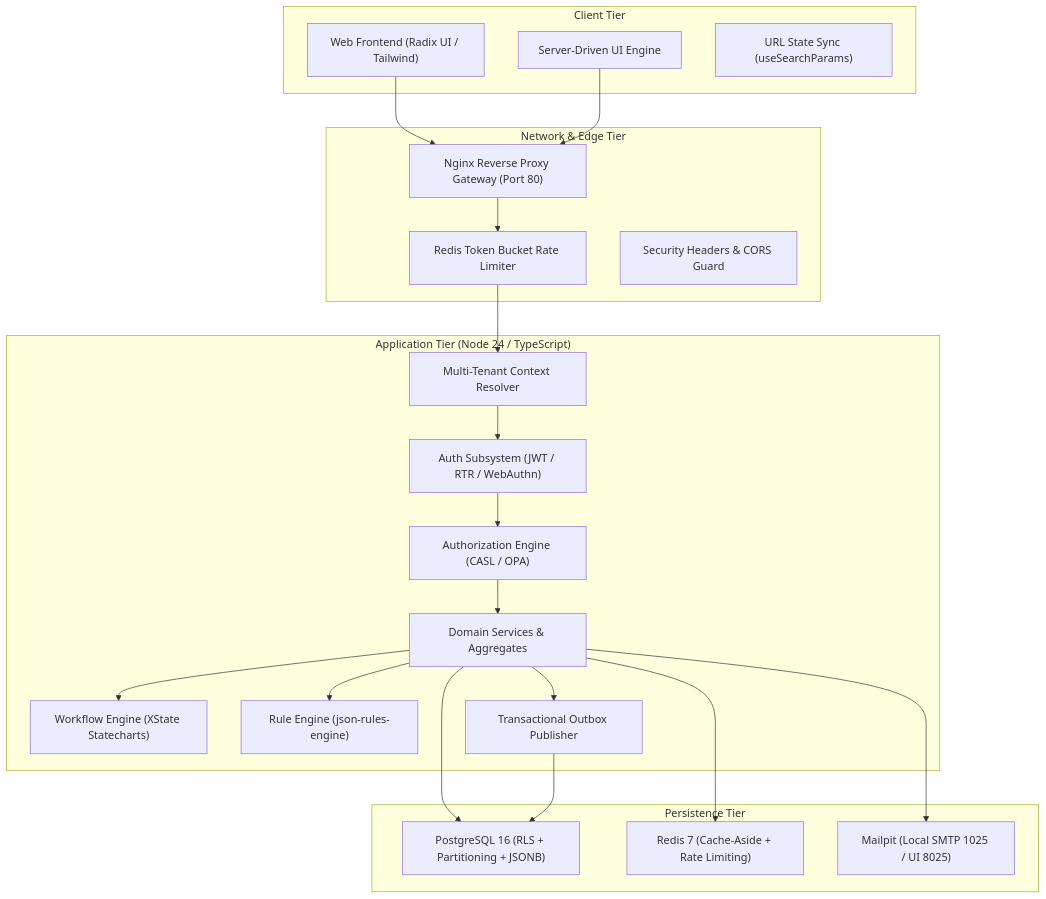
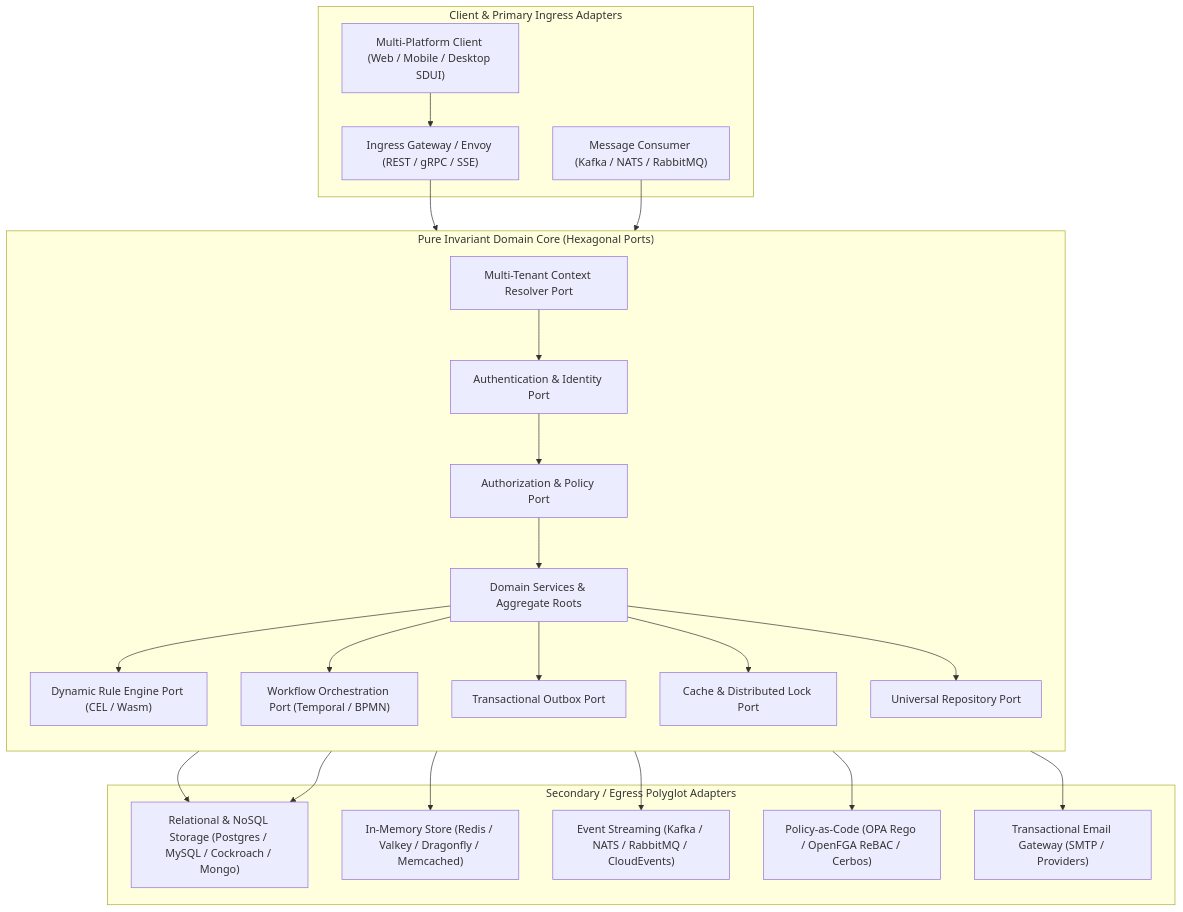
Before and after one commit to prosubodh/azcodr: the first of 2 diagrams in docs/knowledge/knowledge_graph.md, drawn with Mermaid. The commit also changed other lines of this file and 28 other files, not shown here.

First line of the commit message:
feat(architecture): make enterprise system technology, language, and stack agnostic

````diff
--- a/docs/knowledge/knowledge_graph.md
+++ b/docs/knowledge/knowledge_graph.md
@@ -9,45 +9,48 @@
 ```mermaid
 flowchart TD
-  subgraph Client["Client Tier"]
-    UI["Web Frontend (Radix UI / Tailwind)"]
-    SDUI["Server-Driven UI Engine"]
-    State["URL State Sync (useSearchParams)"]
+  subgraph Ingress["Client & Primary Ingress Adapters"]
+    UI["Multi-Platform Client (Web / Mobile / Desktop SDUI)"]
+    Gateway["Ingress Gateway / Envoy (REST / gRPC / SSE)"]
+    BrokerIn["Message Consumer (Kafka / NATS / RabbitMQ)"]
   end
 
-  subgraph Gateway["Network & Edge Tier"]
-    Nginx["Nginx Reverse Proxy Gateway (Port 80)"]
-    RateLimit["Redis Token Bucket Rate Limiter"]
-    WAF["Security Headers & CORS Guard"]
+  subgraph Core["Pure Invariant Domain Core (Hexagonal Ports)"]
+    direction TB
+    TenantContext["Multi-Tenant Context Resolver Port"]
+    AuthPort["Authentication & Identity Port"]
+    AuthzPort["Authorization & Policy Port"]
+    DomainServices["Domain Services & Aggregate Roots"]
+    RulePort["Dynamic Rule Engine Port (CEL / Wasm)"]
+    WorkflowPort["Workflow Orchestration Port (Temporal / BPMN)"]
+    OutboxPort["Transactional Outbox Port"]
+    CachePort["Cache & Distributed Lock Port"]
+    RepoPort["Universal Repository Port"]
   end
 
-  subgraph App["Application Tier (Node 24 / TypeScript)"]
-    Auth["Auth Subsystem (JWT / RTR / WebAuthn)"]
-    CASL["Authorization Engine (CASL / OPA)"]
-    Tenant["Multi-Tenant Context Resolver"]
-    Domain["Domain Services & Aggregates"]
-    XState["Workflow Engine (XState Statecharts)"]
-    Rules["Rule Engine (json-rules-engine)"]
-    Outbox["Transactional Outbox Publisher"]
+  subgraph Egress["Secondary / Egress Polyglot Adapters"]
+    Storage["Relational & NoSQL Storage (Postgres / MySQL / Cockroach / Mongo)"]
+    CacheStore["In-Memory Store (Redis / Valkey / Dragonfly / Memcached)"]
+    BrokerOut["Event Streaming (Kafka / NATS / RabbitMQ / CloudEvents)"]
+    AuthEngines["Policy-as-Code (OPA Rego / OpenFGA ReBAC / Cerbos)"]
+    SMTP["Transactional Email Gateway (SMTP / Providers)"]
   end
 
-  subgraph Storage["Persistence Tier"]
-    Postgres["PostgreSQL 16 (RLS + Partitioning + JSONB)"]
-    Redis["Redis 7 (Cache-Aside + Rate Limiting)"]
-    Mailpit["Mailpit (Local SMTP 1025 / UI 8025)"]
-  end
+  UI --> Gateway
+  Gateway --> TenantContext
+  BrokerIn --> DomainServices
+  TenantContext --> AuthPort
+  AuthPort --> AuthzPort
+  AuthzPort --> DomainServices
+  DomainServices --> RulePort
+  DomainServices --> WorkflowPort
+  DomainServices --> OutboxPort
+  DomainServices --> CachePort
+  DomainServices --> RepoPort
 
-  UI --> Nginx
-  SDUI --> Nginx
-  Nginx --> RateLimit
-  RateLimit --> Tenant
-  Tenant --> Auth
-  Auth --> CASL
-  CASL --> Domain
-  Domain --> XState
-  Domain --> Rules
-  Domain --> Postgres
-  Domain --> Redis
-  Domain --> Outbox
-  Outbox --> Postgres
-  Domain --> Mailpit
+  RepoPort --> Storage
+  OutboxPort --> Storage
+  OutboxPort --> BrokerOut
+  CachePort --> CacheStore
+  AuthzPort --> AuthEngines
+  DomainServices --> SMTP
 ```
````
